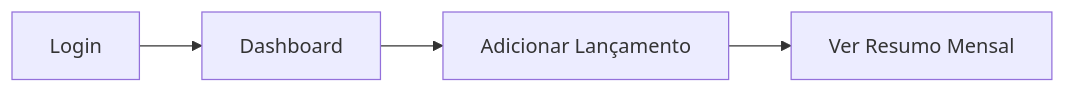
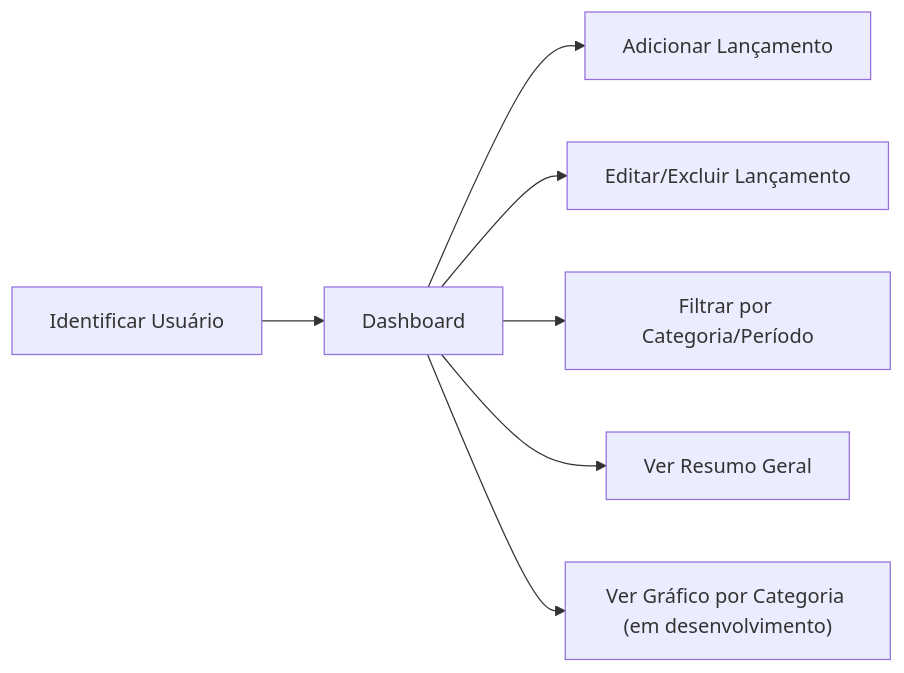
The second of 2 diagrams in docs/arquitetura.md (andrelira-boop/controle-financeiro-pessoal), drawn with Mermaid before and after one commit. The commit also changed other lines of this file, not shown here.

````diff
--- a/docs/arquitetura.md
+++ b/docs/arquitetura.md
@@ -28,6 +27,9 @@
 ```mermaid
 flowchart LR
-    A[Login] --> B[Dashboard]
+    A[Identificar Usuário] --> B[Dashboard]
     B --> C[Adicionar Lançamento]
-    C --> D[Ver Resumo Mensal]
+    B --> D[Editar/Excluir Lançamento]
+    B --> E[Filtrar por Categoria/Período]
+    B --> F[Ver Resumo Geral]
+    B --> G["Ver Gráfico por Categoria (em desenvolvimento)"]
 ```
````
